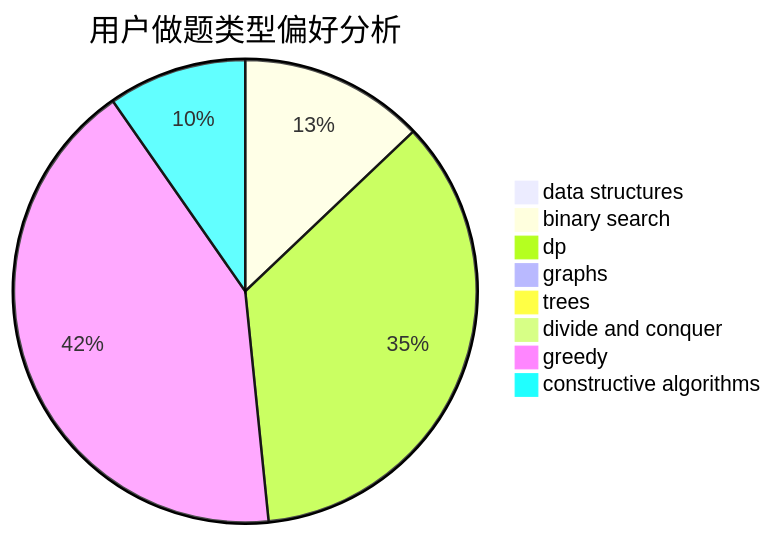
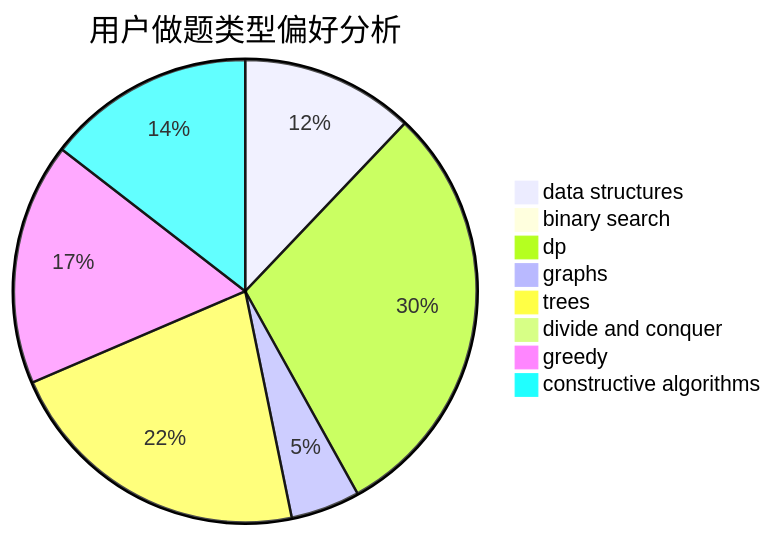
The second of 3 diagrams in docs/user/u581.md (sherpahu/cfrs.github.io), drawn with Mermaid before and after one commit. The commit also changed other lines of this file and 2770 other files, not shown here.

````diff
--- a/docs/user/u581.md
+++ b/docs/user/u581.md
@@ -23,11 +23,11 @@
 ```mermaid
 pie title 用户做题类型偏好分析
-    "data structures" :  0
-    "binary search" :  4
-    "dp" :  11
-    "graphs" :  0
-    "trees" :  0
+    "data structures" :  15
+    "binary search" :  1
+    "dp" :  37
+    "graphs" :  6
+    "trees" :  27
     "divide and conquer" :  0
-    "greedy" :  13
-    "constructive algorithms" :  3
+    "greedy" :  21
+    "constructive algorithms" :  18
 ```
````
